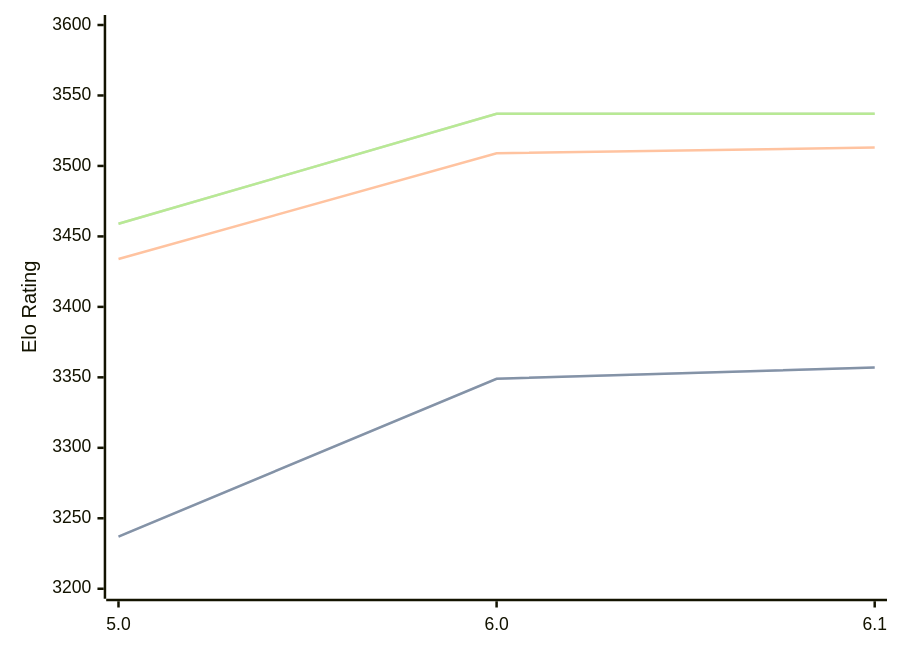
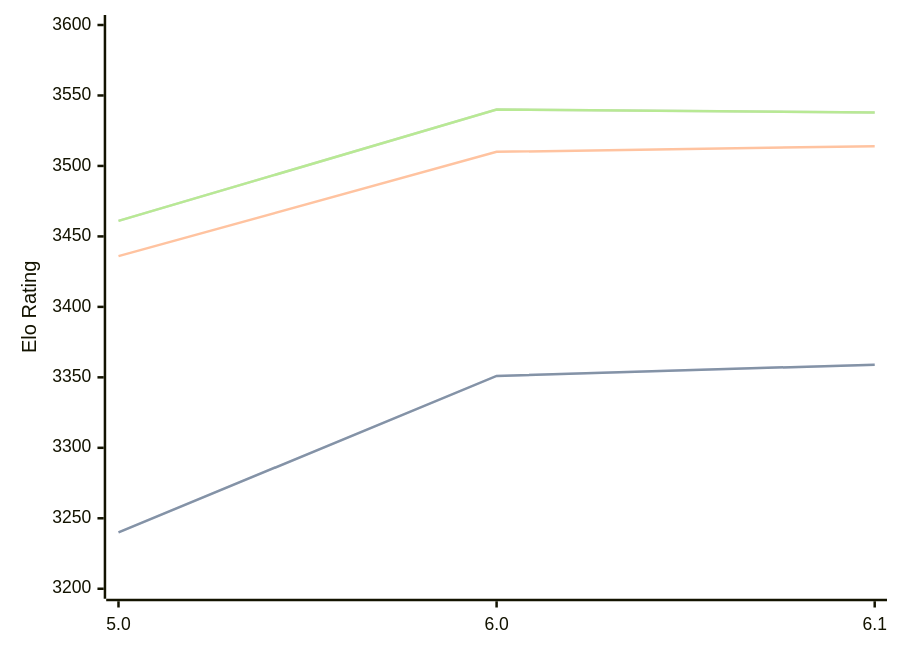
One commit to computer-chess-index/cci changed the diagram in engines/Starzix.md. Above: the diagram before and after it, drawn with Mermaid. The commit also changed other lines of this file, not shown here.

Commit message:
Update CCI Ratings (ELO VLTC) - 2026-04-11

````diff
--- a/engines/Starzix.md
+++ b/engines/Starzix.md
@@ -37,11 +37,11 @@
 ```mermaid
 %%{init: {"theme":"base","themeVariables":{"seriesColors:['#a3a3a3','#222221','#faa371']}}}%%
 xychart-beta
   x-axis ["5.0", "6.0", "6.1"]
   y-axis "Elo Rating" 3200 --> 3600
-  line "STC (8.0+0.08s)" [3237, 3349, 3357]
-  line "STC (8.0+0.08s)" [3237, 3349, 3357]
-  line "LTC (60.0+0.60s)" [3434, 3509, 3513]
-  line "VLTC (2m24s+1.12s)" [3459, 3537, 3537]
-  line "VLTC (2m24s+1.12s)" [3459, 3537, 3537]
+  line "STC (8.0+0.08s)" [3240, 3351, 3359]
+  line "STC (8.0+0.08s)" [3240, 3351, 3359]
+  line "LTC (60.0+0.60s)" [3436, 3510, 3514]
+  line "VLTC (2m24s+1.12s)" [3461, 3540, 3538]
+  line "VLTC (2m24s+1.12s)" [3461, 3540, 3538]
 ```
````
